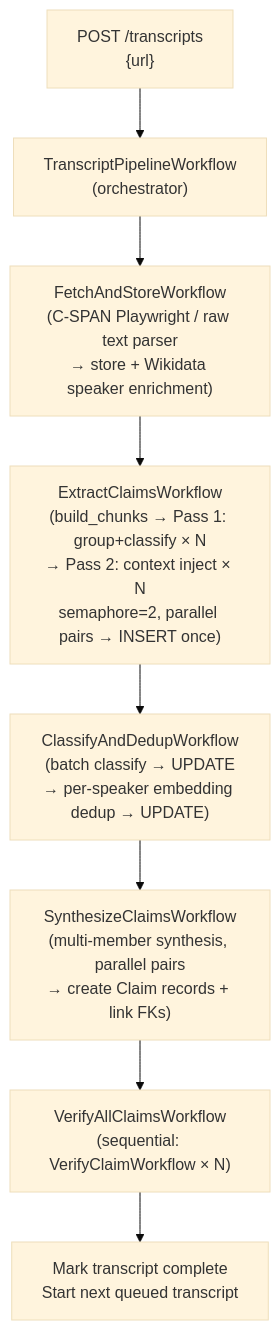
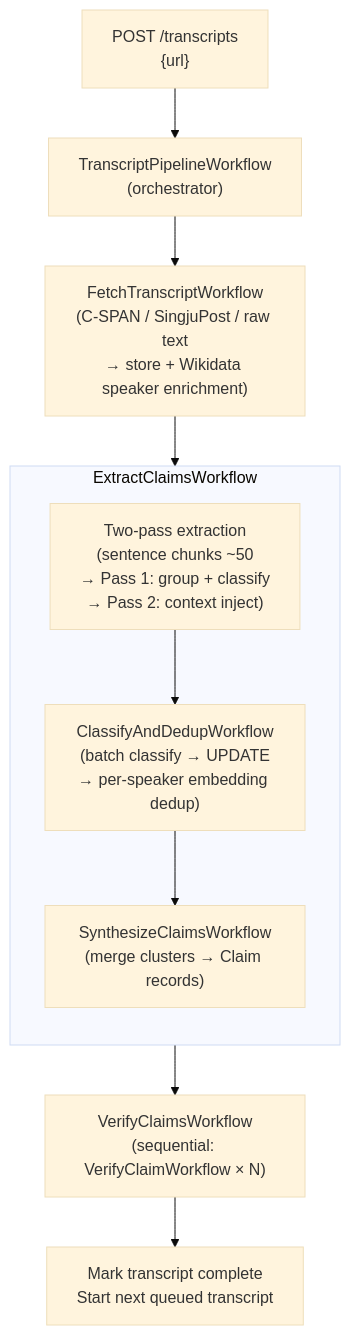
The fifth of 8 diagrams in ARCHITECTURE.md (vedantadhobley/spin-cycle), drawn with Mermaid (base theme) before and after one commit. The commit also changed other lines of this file and 10 other files, not shown here.

First line of the commit message:
docs: update logging, docs, and project structure for two-pass extraction

````diff
--- a/ARCHITECTURE.md
+++ b/ARCHITECTURE.md
@@ -576,16 +576,19 @@
 ```mermaid
 flowchart TD
     URL["POST /transcripts\n{url}"] --> PIPE["TranscriptPipelineWorkflow\n(orchestrator)"]
 
-    PIPE --> FETCH["FetchAndStoreWorkflow\n(C-SPAN Playwright / raw text parser\n→ store + Wikidata speaker enrichment)"]
+    PIPE --> FETCH["FetchTranscriptWorkflow\n(C-SPAN / SingjuPost / raw text\n→ store + Wikidata speaker enrichment)"]
 
-    FETCH --> EXTRACT["ExtractClaimsWorkflow\n(build_chunks → Pass 1: group+classify × N\n→ Pass 2: context inject × N\nsemaphore=2, parallel pairs → INSERT once)"]
+    FETCH --> ECW
 
-    EXTRACT --> CLASSIFY["ClassifyAndDedupWorkflow\n(batch classify → UPDATE\n→ per-speaker embedding dedup → UPDATE)"]
+    subgraph ECW["ExtractClaimsWorkflow"]
+        direction TB
+        EX["Two-pass extraction\n(sentence chunks ~50\n→ Pass 1: group + classify\n→ Pass 2: context inject)"]
+        EX --> CL["ClassifyAndDedupWorkflow\n(batch classify → UPDATE\n→ per-speaker embedding dedup)"]
+        CL --> SY["SynthesizeClaimsWorkflow\n(merge clusters → Claim records)"]
+    end
 
-    CLASSIFY --> SYNTH["SynthesizeClaimsWorkflow\n(multi-member synthesis, parallel pairs\n→ create Claim records + link FKs)"]
-
-    SYNTH --> VERIFY["VerifyAllClaimsWorkflow\n(sequential: VerifyClaimWorkflow × N)"]
+    ECW --> VERIFY["VerifyClaimsWorkflow\n(sequential: VerifyClaimWorkflow × N)"]
 
     VERIFY --> DONE["Mark transcript complete\nStart next queued transcript"]
 ```
````
